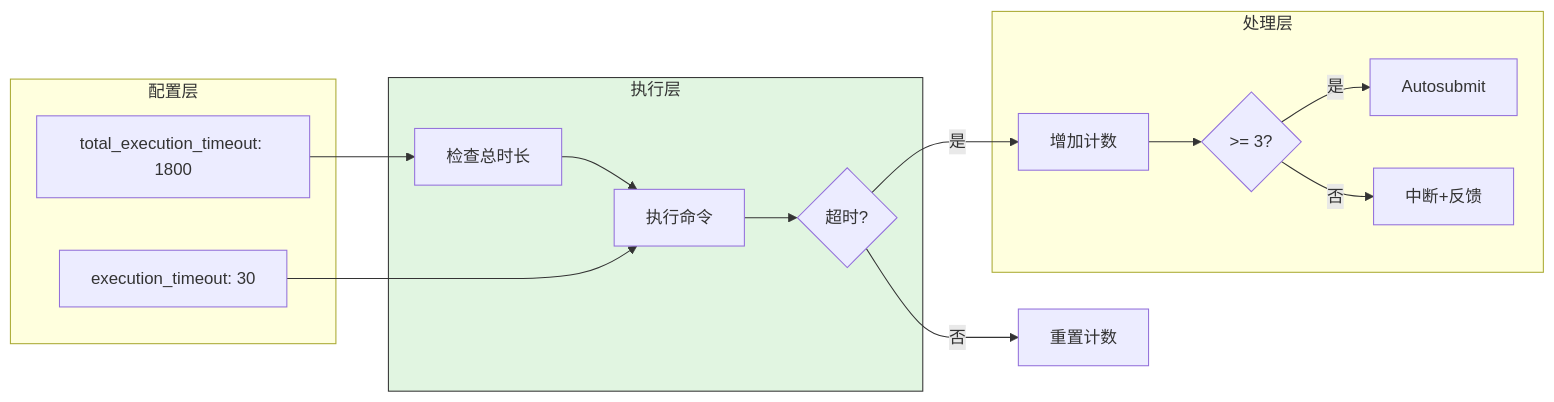
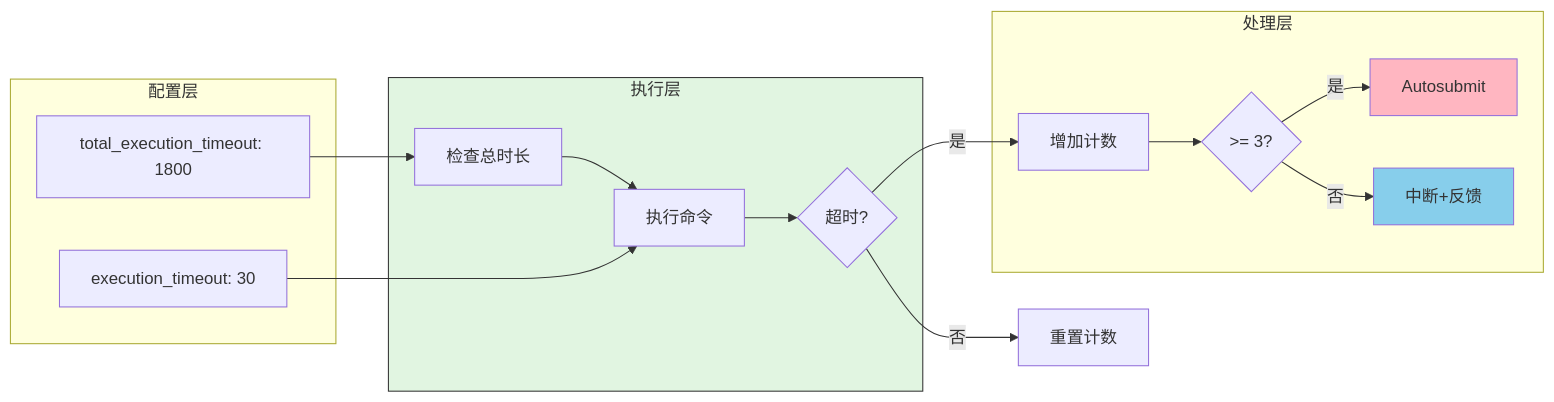
Before and after one commit to giraffe-tree/agent-base: the sixth of 7 diagrams in docs/swe-agent/questions/swe-agent-skill-execution-timeout.md, drawn with Mermaid. The commit also changed other lines of this file and 155 other files, not shown here.

````diff
--- a/docs/swe-agent/questions/swe-agent-skill-execution-timeout.md
+++ b/docs/swe-agent/questions/swe-agent-skill-execution-timeout.md
@@ -201,25 +307,27 @@
 ```mermaid
 flowchart LR
     subgraph Config["配置层"]
         C1[execution_timeout: 30]
         C2[total_execution_timeout: 1800]
     end
 
     subgraph Execution["执行层"]
         E1[检查总时长] --> E2[执行命令]
         E2 --> E3{超时?}
     end
 
     subgraph Handling["处理层"]
         H1[增加计数] --> H2{>= 3?}
         H2 -->|是| H3[Autosubmit]
         H2 -->|否| H4[中断+反馈]
     end
 
     C1 --> E2
     C2 --> E1
     E3 -->|是| H1
     E3 -->|否| H5[重置计数]
 
     style Execution fill:#e1f5e1,stroke:#333
+    style H3 fill:#FFB6C1
+    style H4 fill:#87CEEB
 ```
````
